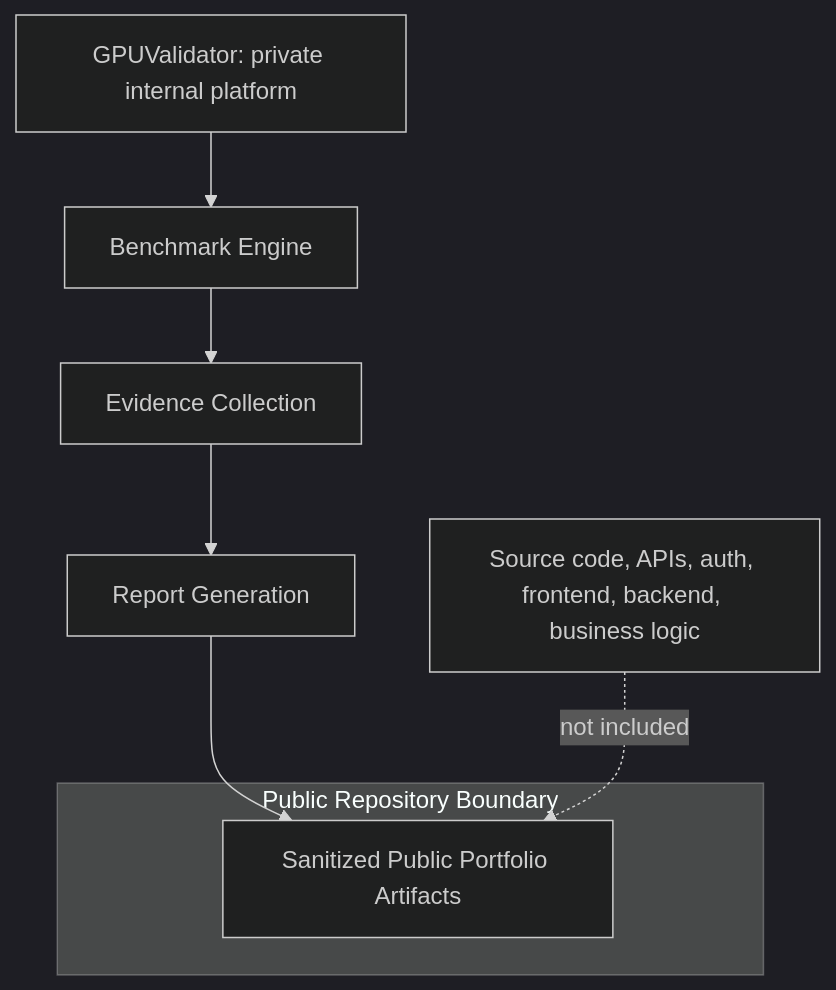
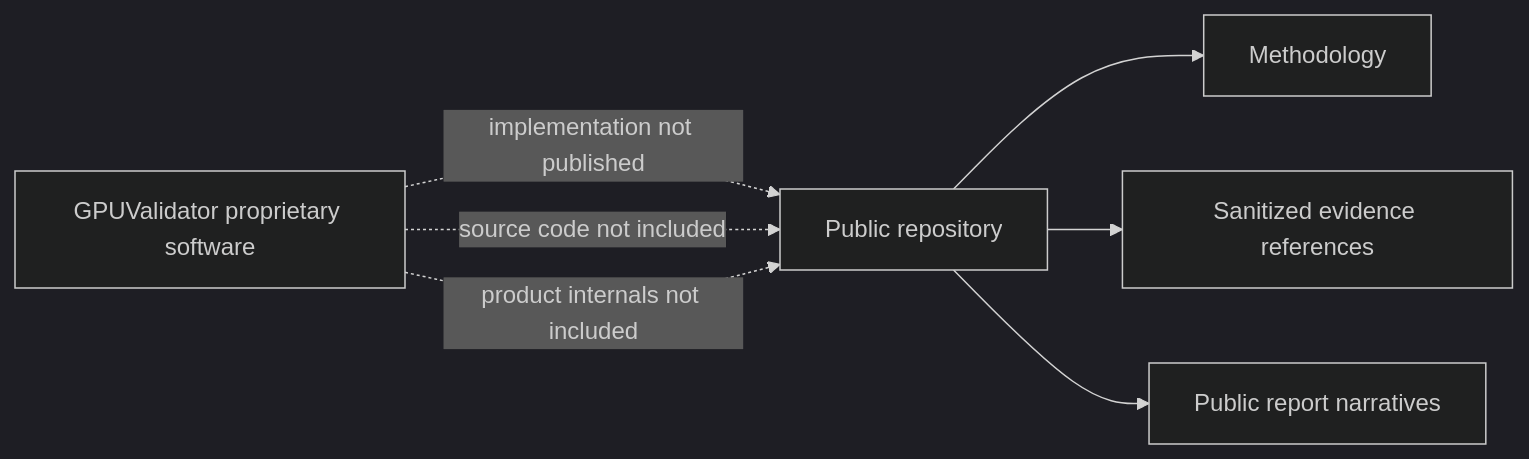
One commit to svbion/gpu-benchmark-lab changed the second of 2 diagrams in README.md. Above: the diagram before and after it, drawn with Mermaid (dark theme). The commit also changed other lines of this file and 50 other files, not shown here.

````diff
--- a/README.md
+++ b/README.md
@@ -109,13 +93,9 @@
 ```mermaid
-flowchart TD
-    A[GPUValidator: private internal platform] --> B[Benchmark Engine]
-    B --> C[Evidence Collection]
-    C --> D[Report Generation]
-    D --> E[Sanitized Public Portfolio Artifacts]
-
-    subgraph Public Repository Boundary
-      E
-    end
-
-    X[Source code, APIs, auth, frontend, backend, business logic] -. not included .-> E
+flowchart LR
+    PUBLIC[Public repository] --> METHOD[Methodology]
+    PUBLIC --> EVIDENCE[Sanitized evidence references]
+    PUBLIC --> REPORTS[Public report narratives]
+    PRIVATE[GPUValidator proprietary software] -. implementation not published .-> PUBLIC
+    PRIVATE -. source code not included .-> PUBLIC
+    PRIVATE -. product internals not included .-> PUBLIC
 ```
````
